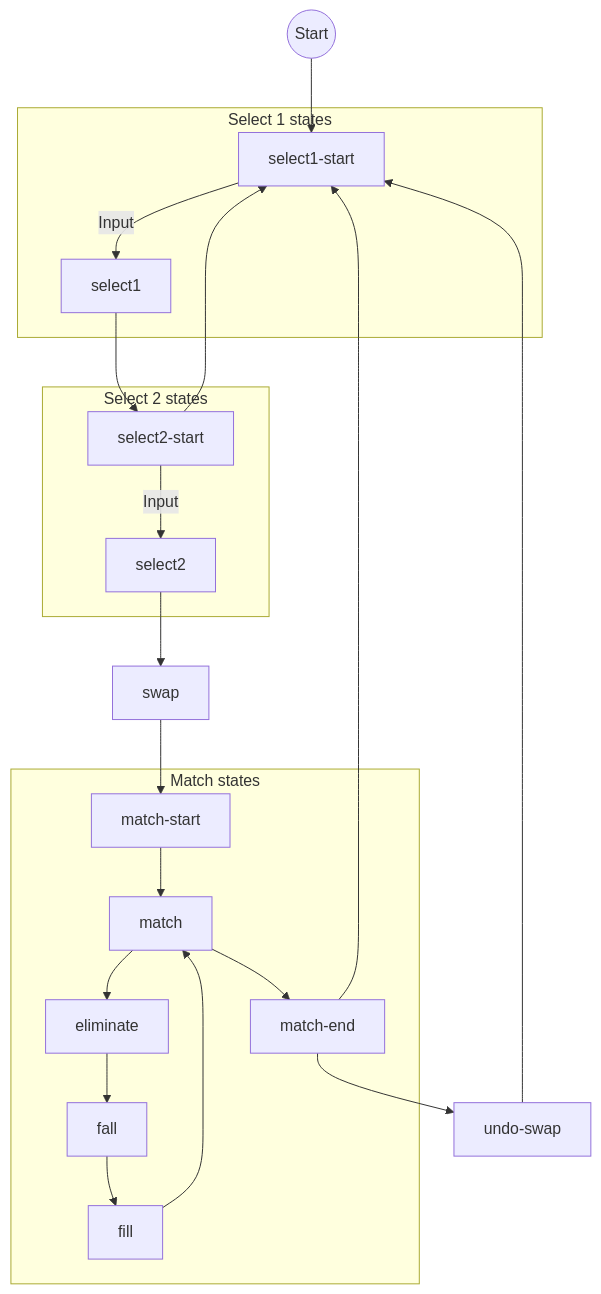
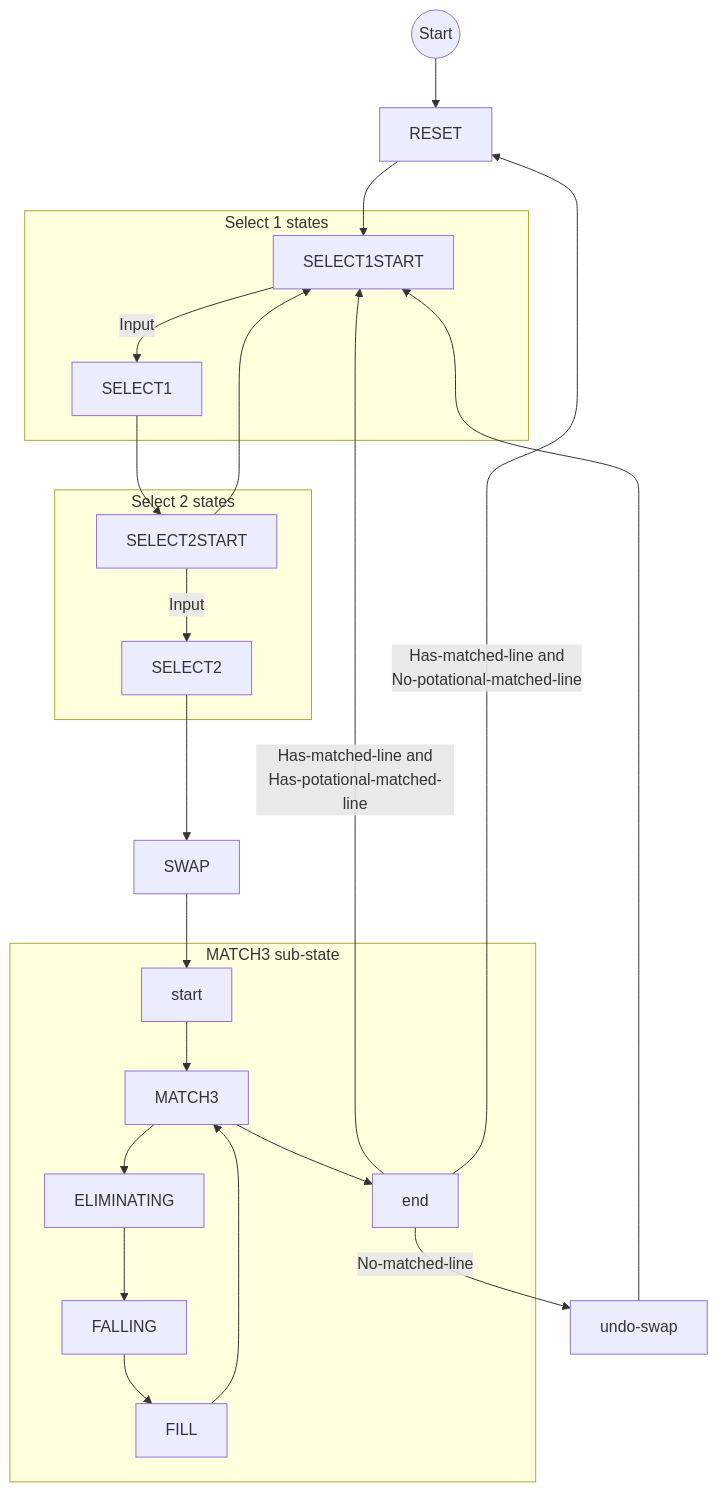
Before and after one commit to rexrainbow/phaser3-rex-notes: the diagram in docs/docs/board-bejeweled.md, drawn with Mermaid. The commit also changed other lines of this file and 1 other file, not shown here.

Commit message:
Remove PRETEST state

````diff
--- a/docs/docs/board-bejeweled.md
+++ b/docs/docs/board-bejeweled.md
@@ -200,32 +200,34 @@
 ```mermaid
 graph TD
 
-Start((Start)) --> Select1Start[select1-start]
+Start((Start)) --> RESET
+
+RESET --> SELECT1START
 
 subgraph Select 1 states
-  Select1Start --> |Input| Select1[select1]
+  SELECT1START --> |Input| SELECT1
 end
 
-Select1 --> select2Start[select2-start]
+SELECT1 --> SELECT2START
 
 subgraph Select 2 states
-  select2Start --> |Input| select2[select2]
+  SELECT2START --> |Input| SELECT2
 end
 
-select2Start --> Select1Start
-select2 --> Swap[swap]
-Swap --> MatchStart[match-start]
+SELECT2START --> SELECT1START
+SELECT2 --> SWAP
+SWAP --> MatchStart[start]
 
-subgraph Match states
-  MatchStart --> Match[match]
-  Match --> Eliminate[eliminate]
-  Match --> MatchEnd[match-end]
-  Eliminate --> Fall[fall]
-  Fall --> Fill[fill]
-  Fill --> Match
+subgraph MATCH3 sub-state
+  MatchStart --> MATCH3
+  MATCH3 --> ELIMINATING
+  MATCH3 --> MatchEnd[end]
+  ELIMINATING --> FALLING
+  FALLING --> FILL
+  FILL --> MATCH3
 end
 
-MatchEnd --> UndoSwap[undo-swap]
-UndoSwap --> Select1Start
-MatchEnd --> Select1Start
+MatchEnd --> |No-matched-line| UndoSwap[undo-swap] --> SELECT1START
+MatchEnd --> |Has-matched-line and<br>Has-potational-matched-line| SELECT1START
+MatchEnd --> |Has-matched-line and<br>No-potational-matched-line| RESET
 ```
````
